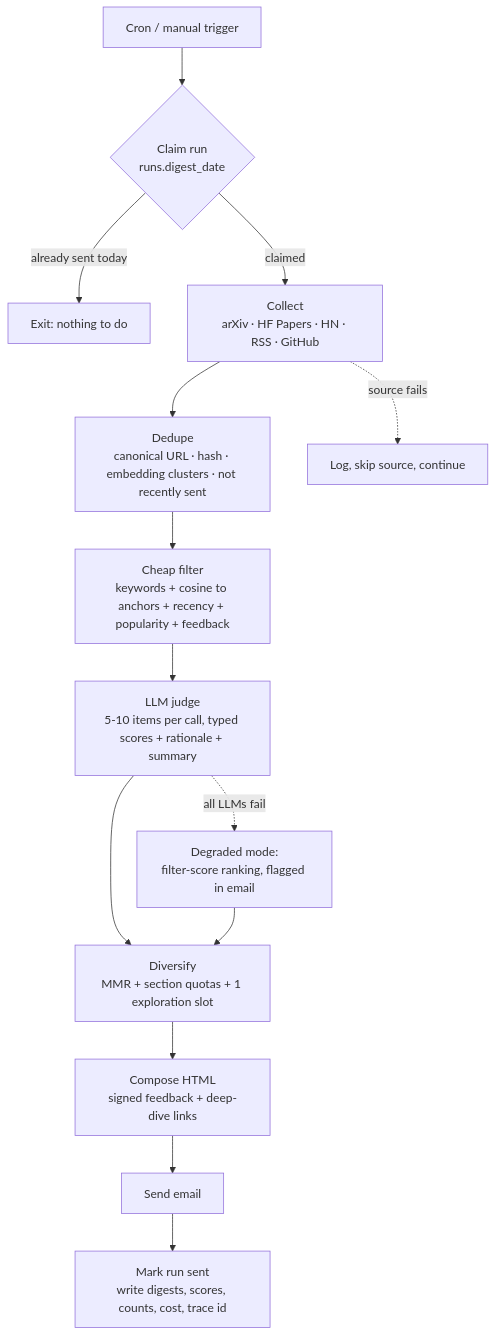
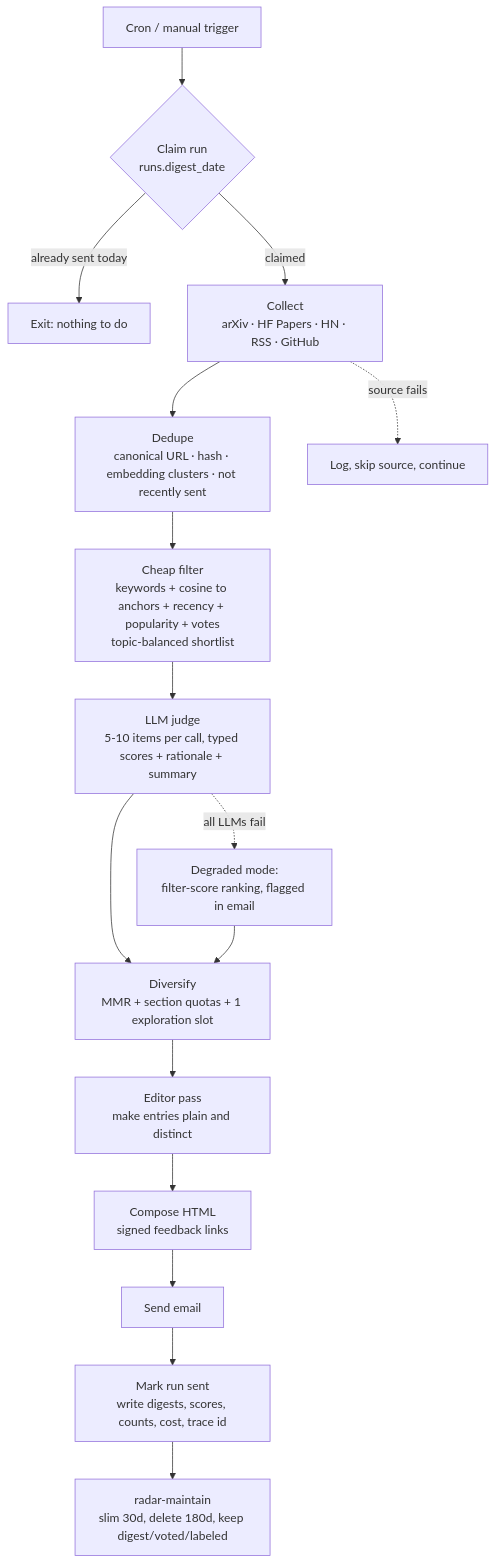
The first of 7 diagrams in flow.md (Shashank8602/Research_Radar), drawn with Mermaid before and after one commit. The commit also changed other lines of this file and 29 other files, not shown here.

First line of the commit message:
Specific-and-plain digest writing, evals, vote ranking, storage retention

````diff
--- a/flow.md
+++ b/flow.md
@@ -13,16 +13,18 @@
 ```mermaid
 flowchart TD
     T[Cron / manual trigger] --> L{Claim run<br/>runs.digest_date}
     L -- already sent today --> X[Exit: nothing to do]
     L -- claimed --> C[Collect<br/>arXiv · HF Papers · HN · RSS · GitHub]
     C --> D[Dedupe<br/>canonical URL · hash · embedding clusters · not recently sent]
-    D --> F[Cheap filter<br/>keywords + cosine to anchors + recency + popularity + feedback]
+    D --> F[Cheap filter<br/>keywords + cosine to anchors + recency + popularity + votes<br/>topic-balanced shortlist]
     F --> J[LLM judge<br/>5-10 items per call, typed scores + rationale + summary]
     J --> M[Diversify<br/>MMR + section quotas + 1 exploration slot]
-    M --> P[Compose HTML<br/>signed feedback + deep-dive links]
+    M --> PL[Editor pass<br/>make entries plain and distinct]
+    PL --> P[Compose HTML<br/>signed feedback links]
     P --> S[Send email]
     S --> R[Mark run sent<br/>write digests, scores, counts, cost, trace id]
+    R --> MT[radar-maintain<br/>slim 30d, delete 180d, keep digest/voted/labeled]
     C -. source fails .-> W[Log, skip source, continue]
     J -. all LLMs fail .-> G[Degraded mode:<br/>filter-score ranking, flagged in email]
     G --> M
 ```
````
